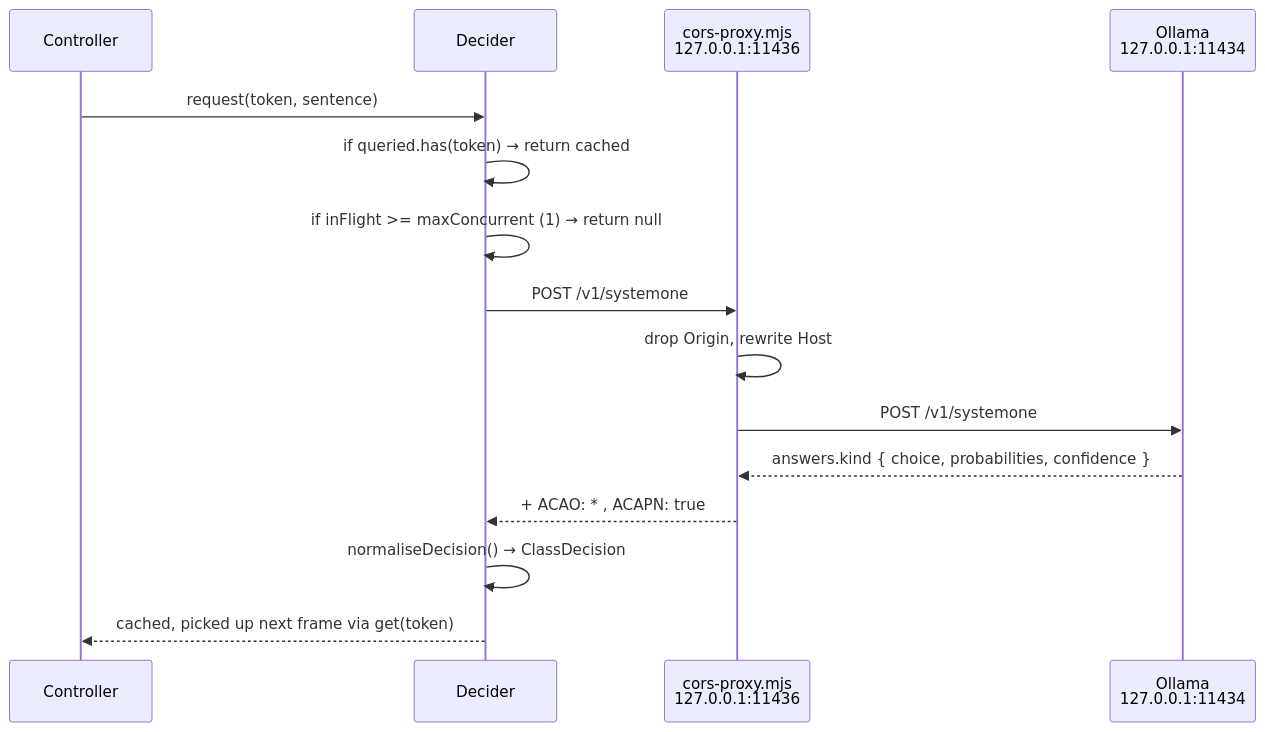
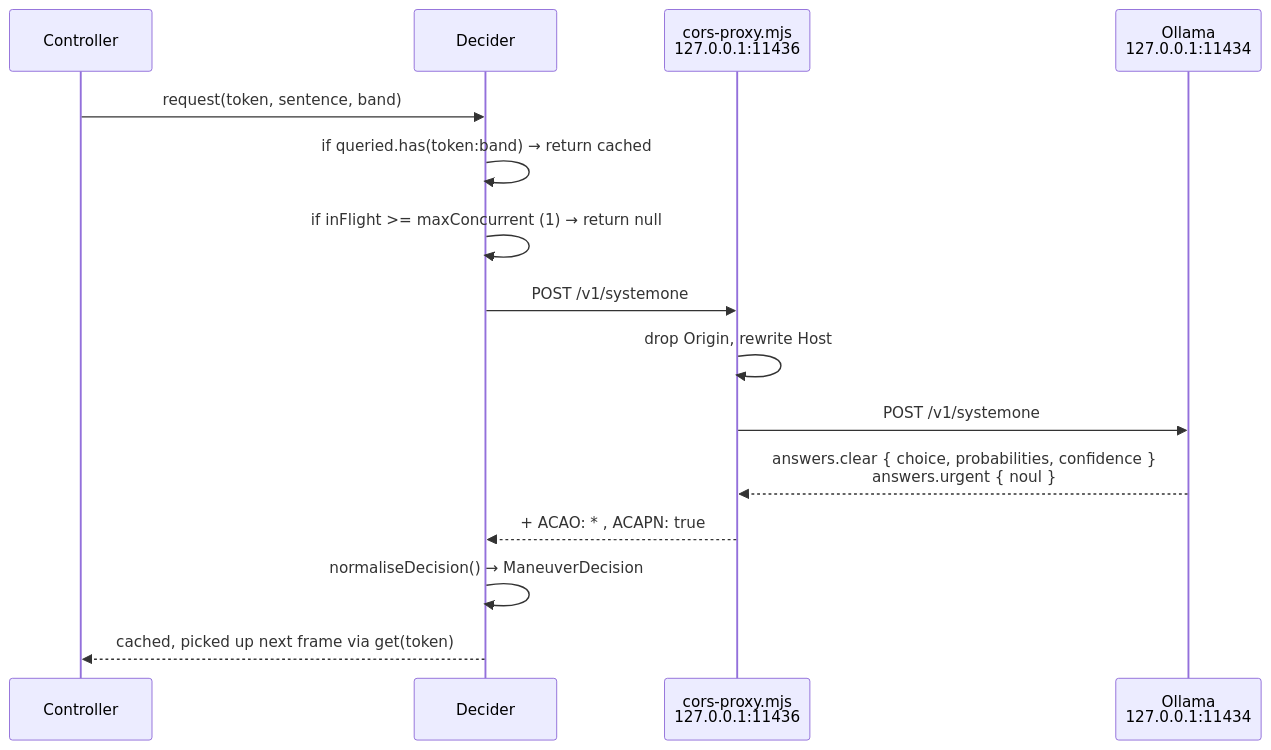
The fifth of 8 diagrams in ARCHITECTURE.md (naufalmalikr/decisaur), drawn with Mermaid before and after one commit. The commit also changed other lines of this file and 18 other files, not shown here.

````diff
--- a/ARCHITECTURE.md
+++ b/ARCHITECTURE.md
@@ -320,18 +319,18 @@
 ```mermaid
 sequenceDiagram
     participant C as Controller
     participant D as Decider
     participant PX as cors-proxy.mjs<br/>127.0.0.1:11436
     participant OL as Ollama<br/>127.0.0.1:11434
 
-    C->>D: request(token, sentence)
-    D->>D: if queried.has(token) → return cached
+    C->>D: request(token, sentence, band)
+    D->>D: if queried.has(token:band) → return cached
     D->>D: if inFlight >= maxConcurrent (1) → return null
     D->>PX: POST /v1/systemone
     PX->>PX: drop Origin, rewrite Host
     PX->>OL: POST /v1/systemone
-    OL-->>PX: answers.kind { choice, probabilities, confidence }
+    OL-->>PX: answers.clear { choice, probabilities, confidence }<br/>answers.urgent { noul }
     PX-->>D: + ACAO: * , ACAPN: true
-    D->>D: normaliseDecision() → ClassDecision
+    D->>D: normaliseDecision() → ManeuverDecision
     D-->>C: cached, picked up next frame via get(token)
 ```
````
